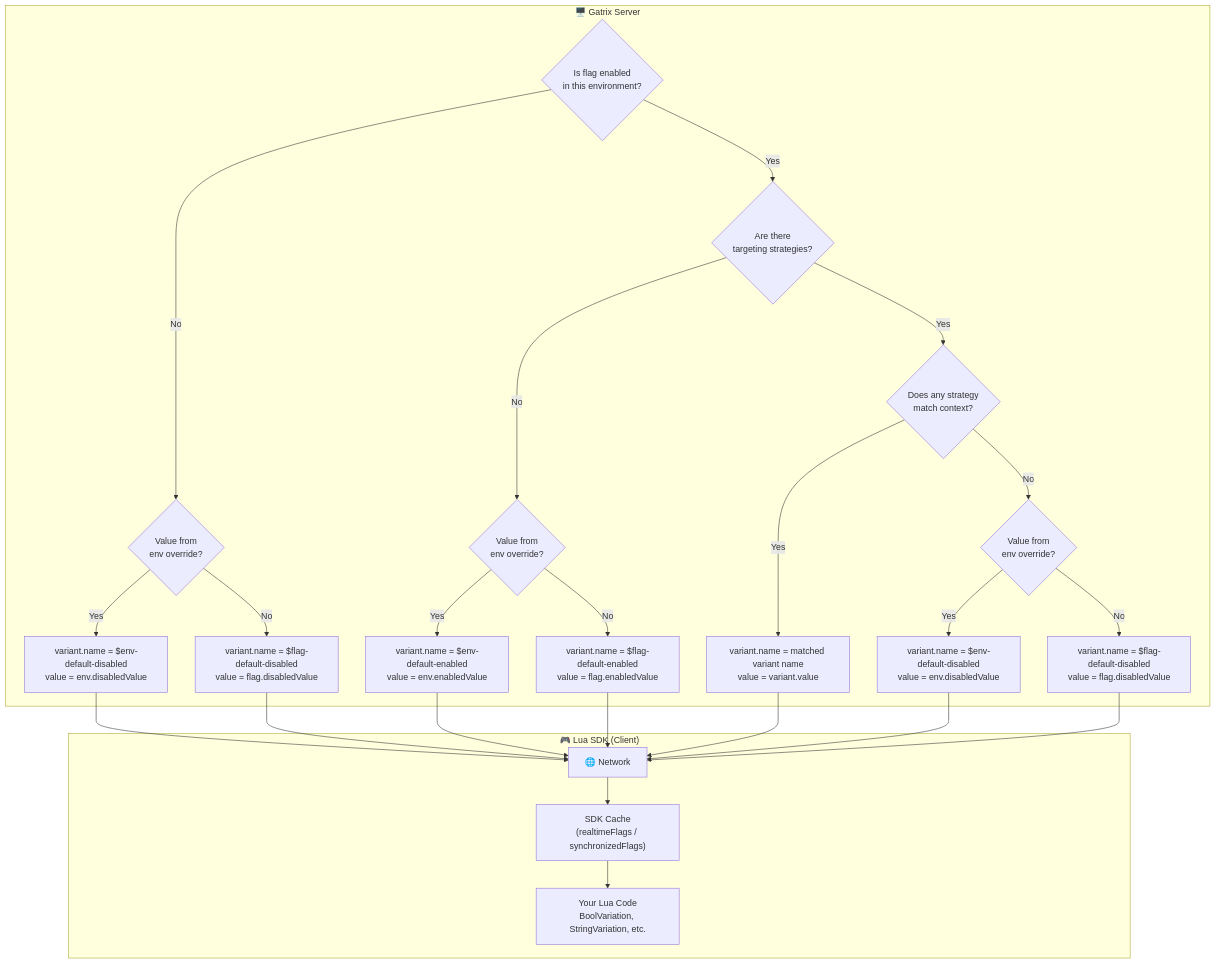
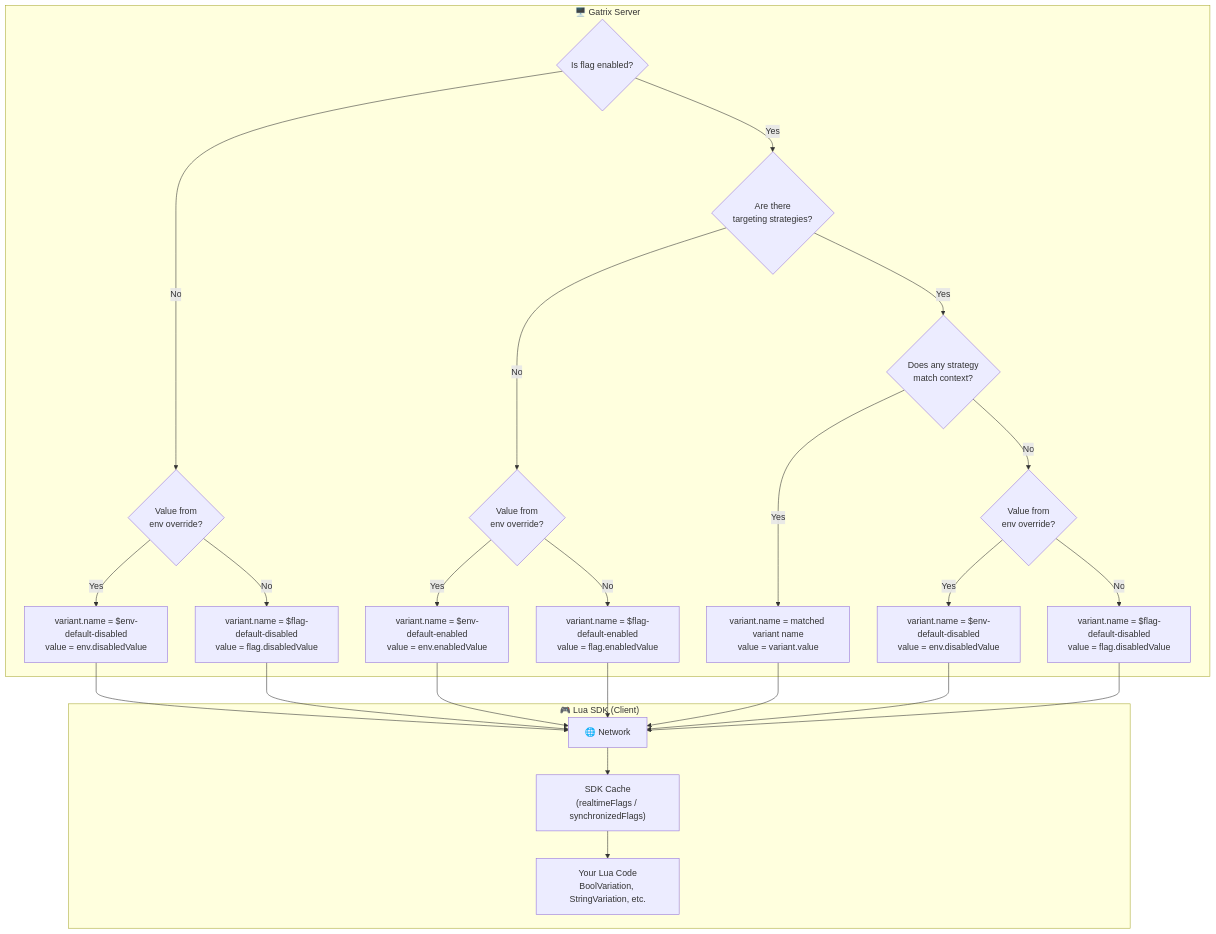
The first of 3 diagrams in packages/sdks/client-sdks/gatrix-unreal-lua-client-sdk/README.md (maxidea1024/gatrix), drawn with Mermaid before and after one commit. The commit also changed other lines of this file and 11 other files, not shown here.

````diff
--- a/packages/sdks/client-sdks/gatrix-unreal-lua-client-sdk/README.md
+++ b/packages/sdks/client-sdks/gatrix-unreal-lua-client-sdk/README.md
@@ -110,31 +110,31 @@
 ```mermaid
 flowchart TD
     subgraph SERVER ["🖥️ Gatrix Server"]
-        S1{"Is flag enabled<br/>in this environment?"}
+        S1{"Is flag enabled?"}
         S1 -->|No| S2{"Value from<br/>env override?"}
         S2 -->|Yes| S2A["variant.name = $env-default-disabled<br/>value = env.disabledValue"]
         S2 -->|No| S2B["variant.name = $flag-default-disabled<br/>value = flag.disabledValue"]
         S1 -->|Yes| S3{"Are there<br/>targeting strategies?"}
         S3 -->|No| S4{"Value from<br/>env override?"}
         S4 -->|Yes| S4A["variant.name = $env-default-enabled<br/>value = env.enabledValue"]
         S4 -->|No| S4B["variant.name = $flag-default-enabled<br/>value = flag.enabledValue"]
         S3 -->|Yes| S5{"Does any strategy<br/>match context?"}
         S5 -->|Yes| S6["variant.name = matched variant name<br/>value = variant.value"]
         S5 -->|No| S7{"Value from<br/>env override?"}
         S7 -->|Yes| S7A["variant.name = $env-default-disabled<br/>value = env.disabledValue"]
         S7 -->|No| S7B["variant.name = $flag-default-disabled<br/>value = flag.disabledValue"]
     end
 
     S2A --> NET["🌐 Network"]
     S2B --> NET
     S4A --> NET
     S4B --> NET
     S6 --> NET
     S7A --> NET
     S7B --> NET
 
     subgraph SDK ["🎮 Lua SDK (Client)"]
         NET --> CACHE["SDK Cache<br/>(realtimeFlags / synchronizedFlags)"]
         CACHE --> ACCESS["Your Lua Code<br/>BoolVariation, StringVariation, etc."]
     end
 ```
````
